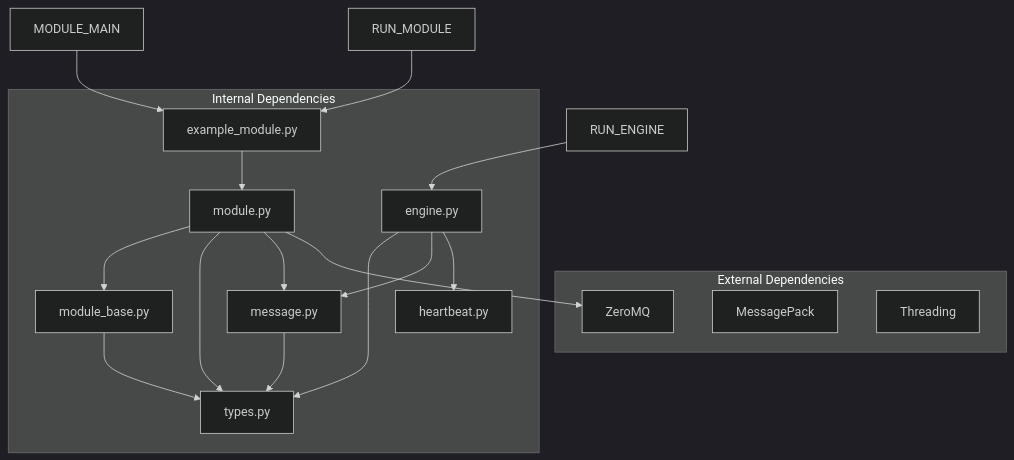
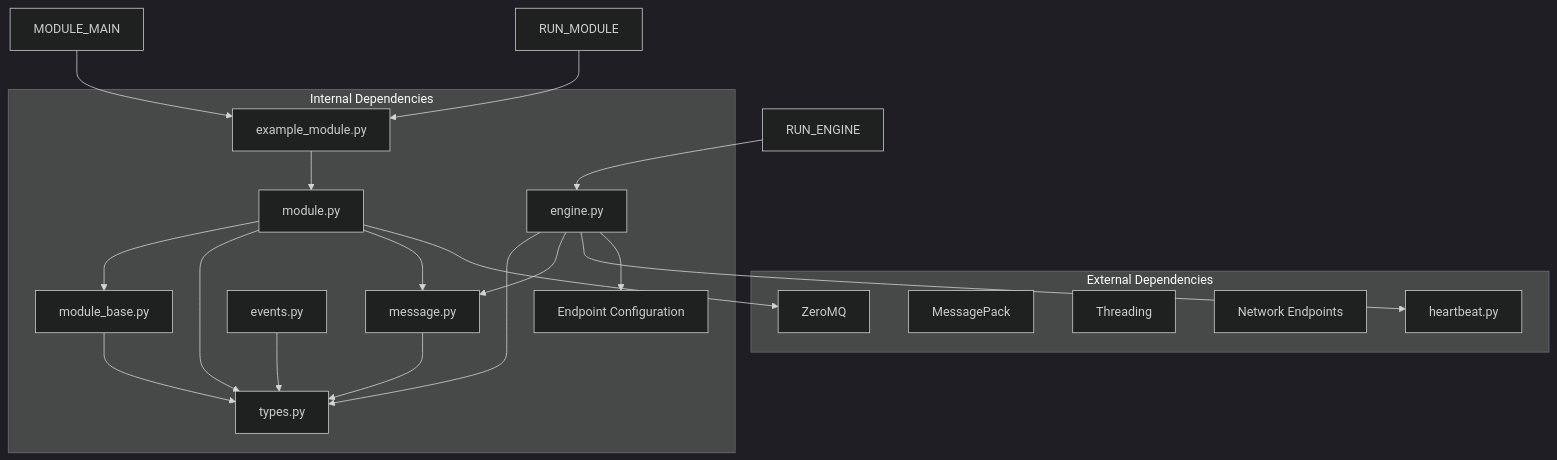
One commit to zt281/TycheEngine changed the eighth of 8 diagrams in .qoder/repowiki/en/content/Core Components/TycheModule System.md. Above: the diagram before and after it, drawn with Mermaid (dark theme). The commit also changed other lines of this file and 34 other files, not shown here.

````diff
--- a/.qoder/repowiki/en/content/Core Components/TycheModule System.md
+++ b/.qoder/repowiki/en/content/Core Components/TycheModule System.md
@@ -383,30 +394,36 @@
 ```mermaid
 graph TB
 subgraph "External Dependencies"
 ZMQ[ZeroMQ]
 MSGPACK[MessagePack]
 THREADING[Threading]
+ENDPOINT[Network Endpoints]
+HEARTBEAT[Heartbeat Constants]
 end
 subgraph "Internal Dependencies"
 TYPES[types.py]
 MESSAGE[message.py]
 BASE[module_base.py]
 MODULE[module.py]
 ENGINE[engine.py]
 HEARTBEAT[heartbeat.py]
 EXAMPLE[example_module.py]
+EVENTS[events.py]
+ENDPOINTS[Endpoint Configuration]
 end
 MODULE --> BASE
 MODULE --> TYPES
 MODULE --> MESSAGE
 MODULE --> ZMQ
 ENGINE --> TYPES
 ENGINE --> MESSAGE
 ENGINE --> HEARTBEAT
+ENGINE --> ENDPOINTS
 EXAMPLE --> MODULE
+EVENTS --> TYPES
 MODULE_MAIN --> EXAMPLE
 RUN_MODULE --> EXAMPLE
 RUN_ENGINE --> ENGINE
 BASE --> TYPES
 MESSAGE --> TYPES
 ```
````
